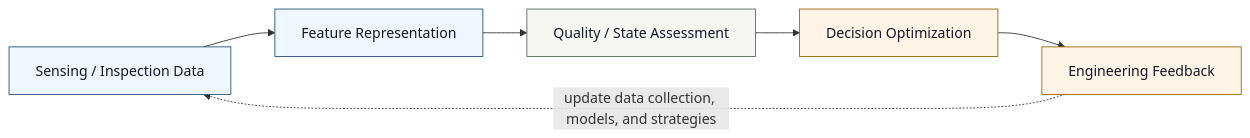
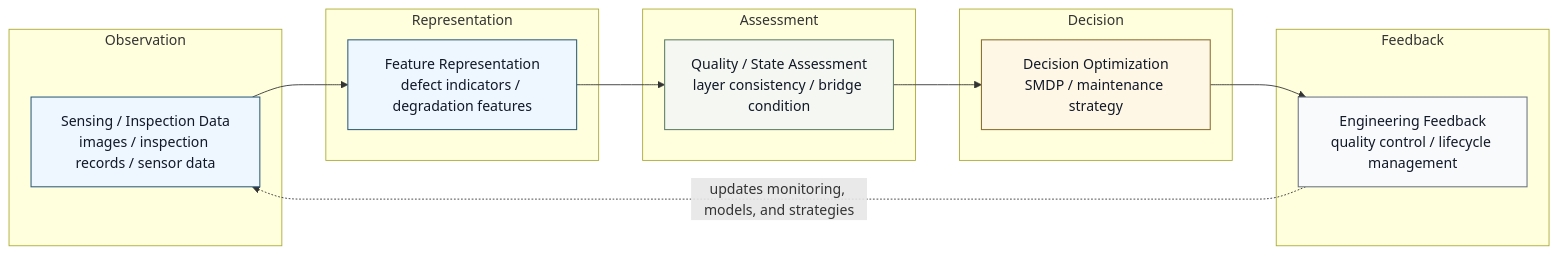
The first of 2 diagrams in README.md (liujiaresearcher-hash/liujiaresearcher-hash), drawn with Mermaid before and after one commit. The commit also changed other lines of this file, not shown here.

````diff
--- a/README.md
+++ b/README.md
@@ -29,16 +37,35 @@
 ```mermaid
 flowchart LR
-    A["Sensing / Inspection Data"] --> B["Feature Representation"]
-    B --> C["Quality / State Assessment"]
-    C --> D["Decision Optimization"]
-    D --> E["Engineering Feedback"]
-    E -. "update data collection, models, and strategies" .-> A
+    subgraph L1["Observation"]
+        A["Sensing / Inspection Data<br/>images / inspection records / sensor data"]
+    end
 
-    classDef data fill:#eef6ff,stroke:#24527a,stroke-width:1px,color:#111827;
-    classDef model fill:#f5f7f2,stroke:#4f6f52,stroke-width:1px,color:#111827;
-    classDef decision fill:#fff4e6,stroke:#9a6700,stroke-width:1px,color:#111827;
+    subgraph L2["Representation"]
+        B["Feature Representation<br/>defect indicators / degradation features"]
+    end
+
+    subgraph L3["Assessment"]
+        C["Quality / State Assessment<br/>layer consistency / bridge condition"]
+    end
+
+    subgraph L4["Decision"]
+        D["Decision Optimization<br/>SMDP / maintenance strategy"]
+    end
+
+    subgraph L5["Feedback"]
+        E["Engineering Feedback<br/>quality control / lifecycle management"]
+    end
+
+    A --> B --> C --> D --> E
+    E -. "updates monitoring, models, and strategies" .-> A
+
+    classDef data fill:#EEF6FF,stroke:#2F5D7C,stroke-width:1.2px,color:#111827;
+    classDef model fill:#F5F7F2,stroke:#5F7F65,stroke-width:1.2px,color:#111827;
+    classDef decision fill:#FFF7E6,stroke:#8A6D2F,stroke-width:1.2px,color:#111827;
+    classDef feedback fill:#F8FAFC,stroke:#6B7280,stroke-width:1.2px,color:#111827;
 
     class A,B data;
     class C model;
-    class D,E decision;
+    class D decision;
+    class E feedback;
 ```
````
